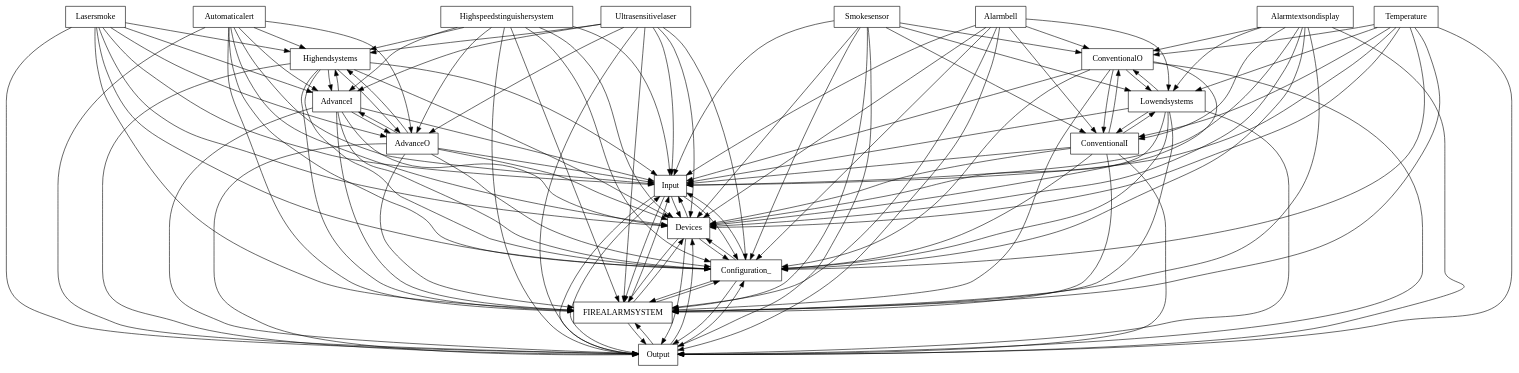
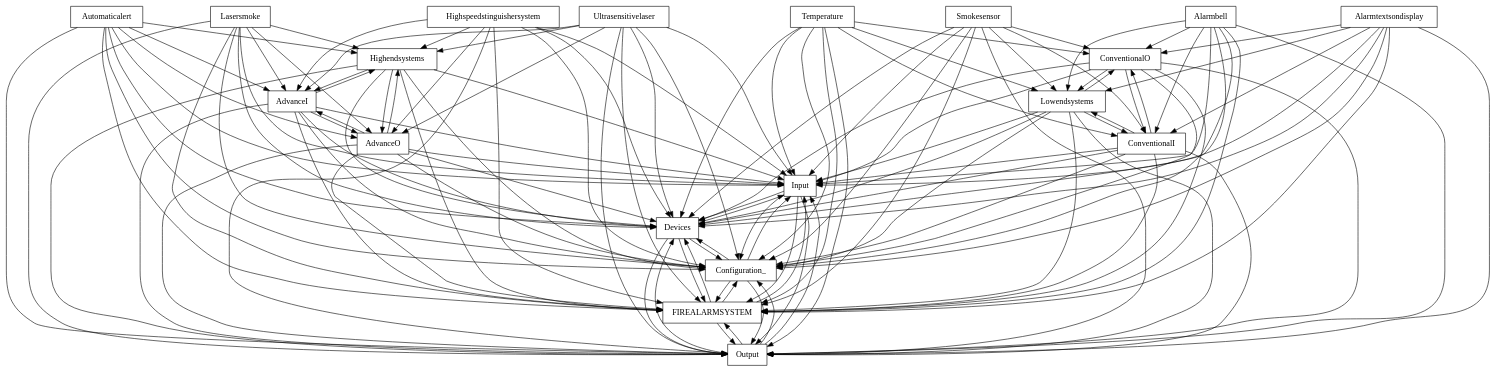
The diagram in FAMILIAR/output/SPLOT-big/fm_51_model_20101110_1749898936.xml.dot (FAMILIAR-project/familiar-language), drawn with Graphviz before and after one commit. The commit also changed 172 other files, not shown here.

```diff
--- a/FAMILIAR/output/SPLOT-big/fm_51_model_20101110_1749898936.xml.dot
+++ b/FAMILIAR/output/SPLOT-big/fm_51_model_20101110_1749898936.xml.dot
@@ -1,150 +1,150 @@
 digraph{
 graph [rankdir=TB];
 node [shape=box];
 edge [arrowhead=normal];
 0[label="Highspeedstinguishersystem",]
 1[label="Input",]
 2[label="Automaticalert",]
 3[label="Highendsystems",]
 4[label="Devices",]
 5[label="Temperature",]
 6[label="Output",]
 7[label="Lasersmoke",]
 8[label="FIREALARMSYSTEM",]
 9[label="ConventionalO",]
 10[label="Lowendsystems",]
-11[label="ConventionalI",]
-12[label="Ultrasensitivelaser",]
+11[label="Ultrasensitivelaser",]
+12[label="ConventionalI",]
 13[label="AdvanceI",]
 14[label="Configuration_",]
 15[label="AdvanceO",]
-16[label="Alarmtextsondisplay",]
-17[label="Alarmbell",]
+16[label="Alarmbell",]
+17[label="Alarmtextsondisplay",]
 18[label="Smokesensor",]
 0->1[label="",]
 0->3[label="",]
 0->4[label="",]
 0->6[label="",]
 0->8[label="",]
 0->13[label="",]
 0->14[label="",]
 0->15[label="",]
 1->4[label="",]
 1->6[label="",]
 1->8[label="",]
 1->14[label="",]
 2->1[label="",]
 2->3[label="",]
 2->4[label="",]
 2->6[label="",]
 2->8[label="",]
 2->13[label="",]
 2->14[label="",]
 2->15[label="",]
 3->1[label="",]
 3->4[label="",]
 3->6[label="",]
 3->8[label="",]
 3->13[label="",]
 3->14[label="",]
 3->15[label="",]
 4->1[label="",]
 4->6[label="",]
 4->8[label="",]
 4->14[label="",]
 5->1[label="",]
 5->4[label="",]
 5->6[label="",]
 5->8[label="",]
 5->9[label="",]
 5->10[label="",]
-5->11[label="",]
+5->12[label="",]
 5->14[label="",]
 6->1[label="",]
 6->4[label="",]
 6->8[label="",]
 6->14[label="",]
 7->1[label="",]
 7->3[label="",]
 7->4[label="",]
 7->6[label="",]
 7->8[label="",]
 7->13[label="",]
 7->14[label="",]
 7->15[label="",]
 8->1[label="",]
 8->4[label="",]
 8->6[label="",]
 8->14[label="",]
 9->1[label="",]
 9->4[label="",]
 9->6[label="",]
 9->8[label="",]
 9->10[label="",]
-9->11[label="",]
+9->12[label="",]
 9->14[label="",]
 10->1[label="",]
 10->4[label="",]
 10->6[label="",]
 10->8[label="",]
 10->9[label="",]
-10->11[label="",]
+10->12[label="",]
 10->14[label="",]
 11->1[label="",]
+11->3[label="",]
 11->4[label="",]
 11->6[label="",]
 11->8[label="",]
-11->9[label="",]
-11->10[label="",]
+11->13[label="",]
 11->14[label="",]
+11->15[label="",]
 12->1[label="",]
-12->3[label="",]
 12->4[label="",]
 12->6[label="",]
 12->8[label="",]
-12->13[label="",]
+12->9[label="",]
+12->10[label="",]
 12->14[label="",]
-12->15[label="",]
 13->1[label="",]
 13->3[label="",]
 13->4[label="",]
 13->6[label="",]
 13->8[label="",]
 13->14[label="",]
 13->15[label="",]
 14->1[label="",]
 14->4[label="",]
 14->6[label="",]
 14->8[label="",]
 15->1[label="",]
 15->3[label="",]
 15->4[label="",]
 15->6[label="",]
 15->8[label="",]
 15->13[label="",]
 15->14[label="",]
 16->1[label="",]
 16->4[label="",]
 16->6[label="",]
 16->8[label="",]
 16->9[label="",]
 16->10[label="",]
-16->11[label="",]
+16->12[label="",]
 16->14[label="",]
 17->1[label="",]
 17->4[label="",]
 17->6[label="",]
 17->8[label="",]
 17->9[label="",]
 17->10[label="",]
-17->11[label="",]
+17->12[label="",]
 17->14[label="",]
 18->1[label="",]
 18->4[label="",]
 18->6[label="",]
 18->8[label="",]
 18->9[label="",]
 18->10[label="",]
-18->11[label="",]
+18->12[label="",]
 18->14[label="",]
 }
```
